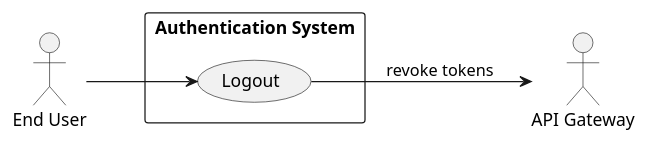
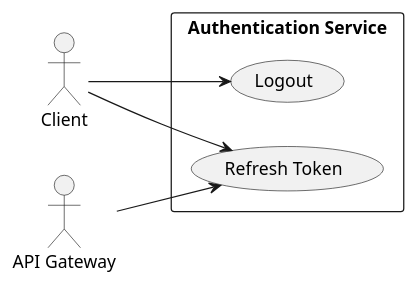
Before and after one commit to Bimmi-kumari-singh/Agent-testing: the fifth of 7 diagrams in .propel/context/docs/spec.md, drawn with PlantUML. The commit also changed other lines of this file, not shown here.

````diff
--- a/.propel/context/docs/spec.md
+++ b/.propel/context/docs/spec.md
@@ -405,16 +357,16 @@
 ```plantuml
 @startuml
 left to right direction
 skinparam packageStyle rectangle
 
-actor "End User" as User
-actor "API Gateway" as API
-
-rectangle "Authentication System" {
-  usecase (Logout) as UC5
+actor "Client" as Client
+actor "API Gateway" as GW
+rectangle "Authentication Service" {
+  usecase (Refresh Token) as UC_Refresh
+  usecase (Logout) as UC_Logout
 }
-
-User --> UC5
-UC5 --> API : revoke tokens
+Client --> UC_Refresh
+Client --> UC_Logout
+GW --> UC_Refresh
 @enduml
 ```
````
